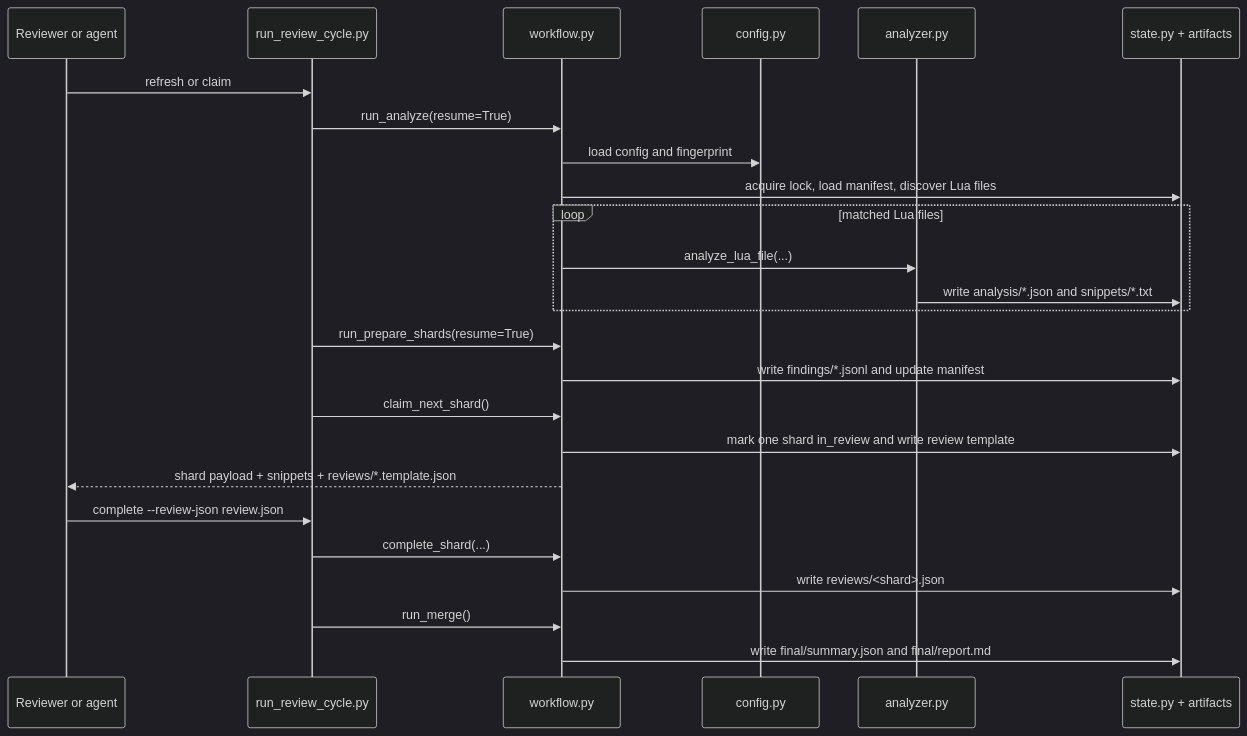
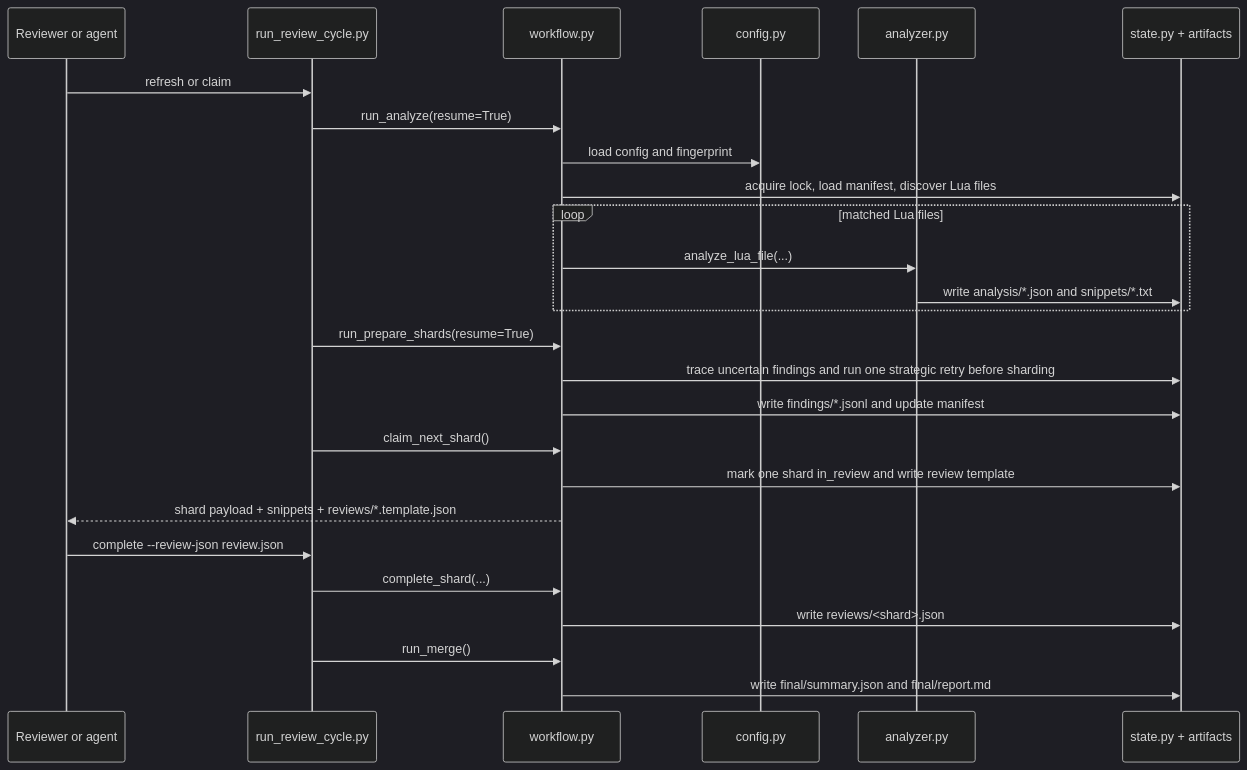
One commit to suimenqx/lua-nil-review changed the third of 4 diagrams in references/architecture.md. Above: the diagram before and after it, drawn with Mermaid (dark theme). The commit also changed other lines of this file and 13 other files, not shown here.

````diff
--- a/references/architecture.md
+++ b/references/architecture.md
@@ -68,29 +69,30 @@
 ```mermaid
 sequenceDiagram
     participant R as Reviewer or agent
     participant W as run_review_cycle.py
     participant F as workflow.py
     participant C as config.py
     participant A as analyzer.py
     participant S as state.py + artifacts
 
     R->>W: refresh or claim
     W->>F: run_analyze(resume=True)
     F->>C: load config and fingerprint
     F->>S: acquire lock, load manifest, discover Lua files
     loop matched Lua files
         F->>A: analyze_lua_file(...)
         A->>S: write analysis/*.json and snippets/*.txt
     end
     W->>F: run_prepare_shards(resume=True)
+    F->>S: trace uncertain findings and run one strategic retry before sharding
     F->>S: write findings/*.jsonl and update manifest
     W->>F: claim_next_shard()
     F->>S: mark one shard in_review and write review template
     F-->>R: shard payload + snippets + reviews/*.template.json
 
     R->>W: complete --review-json review.json
     W->>F: complete_shard(...)
     F->>S: write reviews/<shard>.json
     W->>F: run_merge()
     F->>S: write final/summary.json and final/report.md
 ```
````
